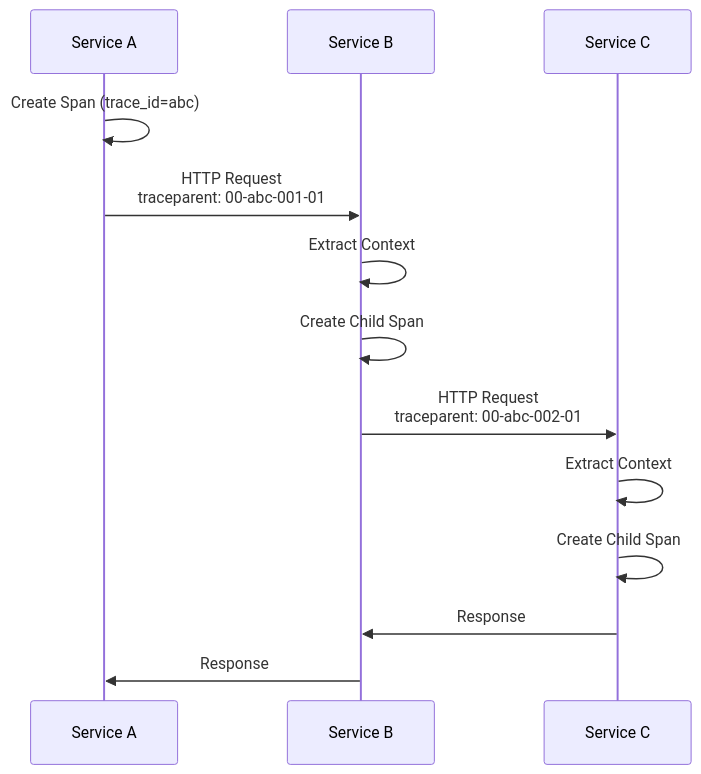
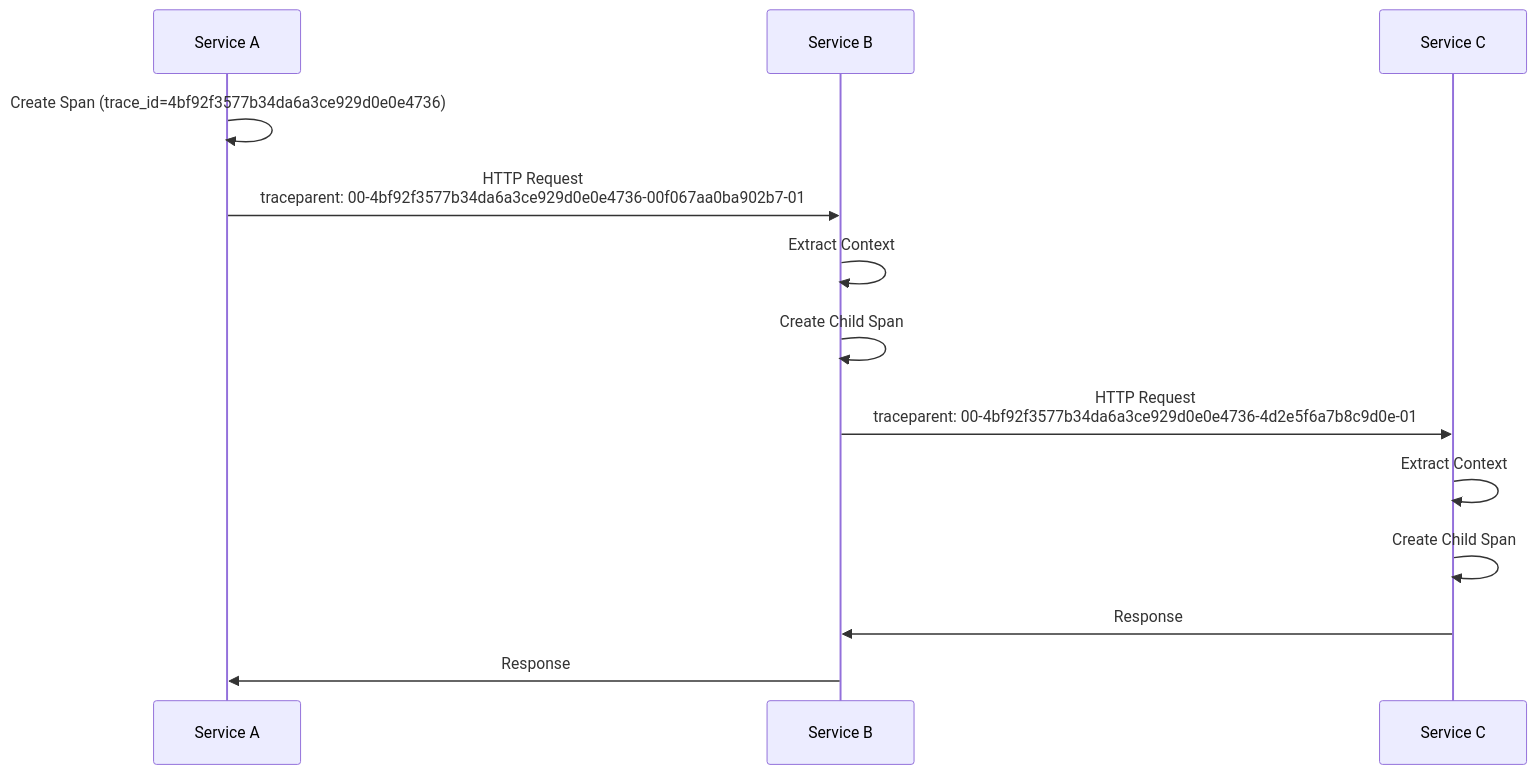
One commit to OneUptime/blog changed the second of 4 diagrams in posts/2026-01-24-distributed-tracing-across-services/README.md. Above: the diagram before and after it, drawn with Mermaid. The commit also changed other lines of this file and 4262 other files, not shown here.

````diff
--- a/posts/2026-01-24-distributed-tracing-across-services/README.md
+++ b/posts/2026-01-24-distributed-tracing-across-services/README.md
@@ -44,16 +44,16 @@
 ```mermaid
 sequenceDiagram
     participant A as Service A
     participant B as Service B
     participant C as Service C
 
-    A->>A: Create Span (trace_id=abc)
-    A->>B: HTTP Request<br/>traceparent: 00-abc-001-01
+    A->>A: Create Span (trace_id=4bf92f3577b34da6a3ce929d0e0e4736)
+    A->>B: HTTP Request<br/>traceparent: 00-4bf92f3577b34da6a3ce929d0e0e4736-00f067aa0ba902b7-01
     B->>B: Extract Context
     B->>B: Create Child Span
-    B->>C: HTTP Request<br/>traceparent: 00-abc-002-01
+    B->>C: HTTP Request<br/>traceparent: 00-4bf92f3577b34da6a3ce929d0e0e4736-4d2e5f6a7b8c9d0e-01
     C->>C: Extract Context
     C->>C: Create Child Span
     C->>B: Response
     B->>A: Response
 ```
````
